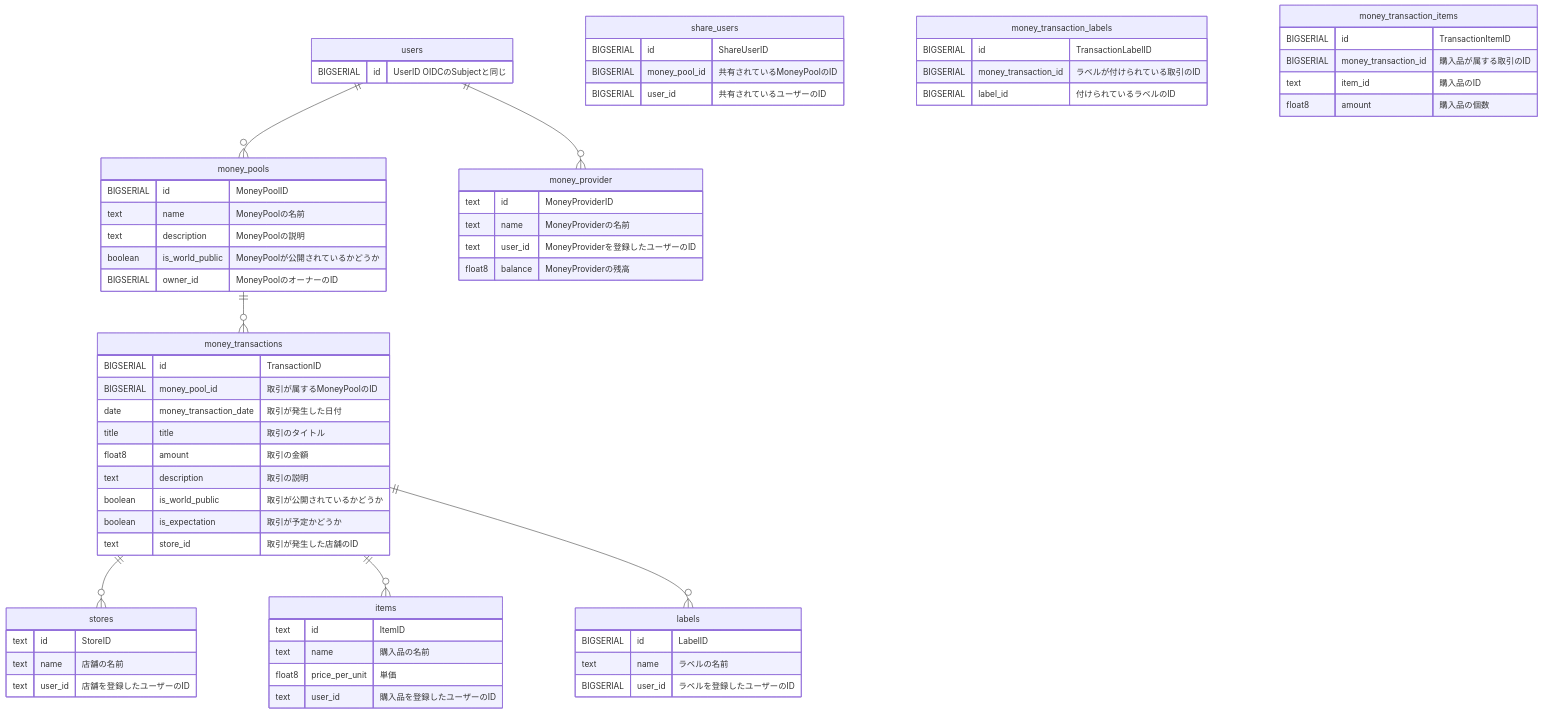
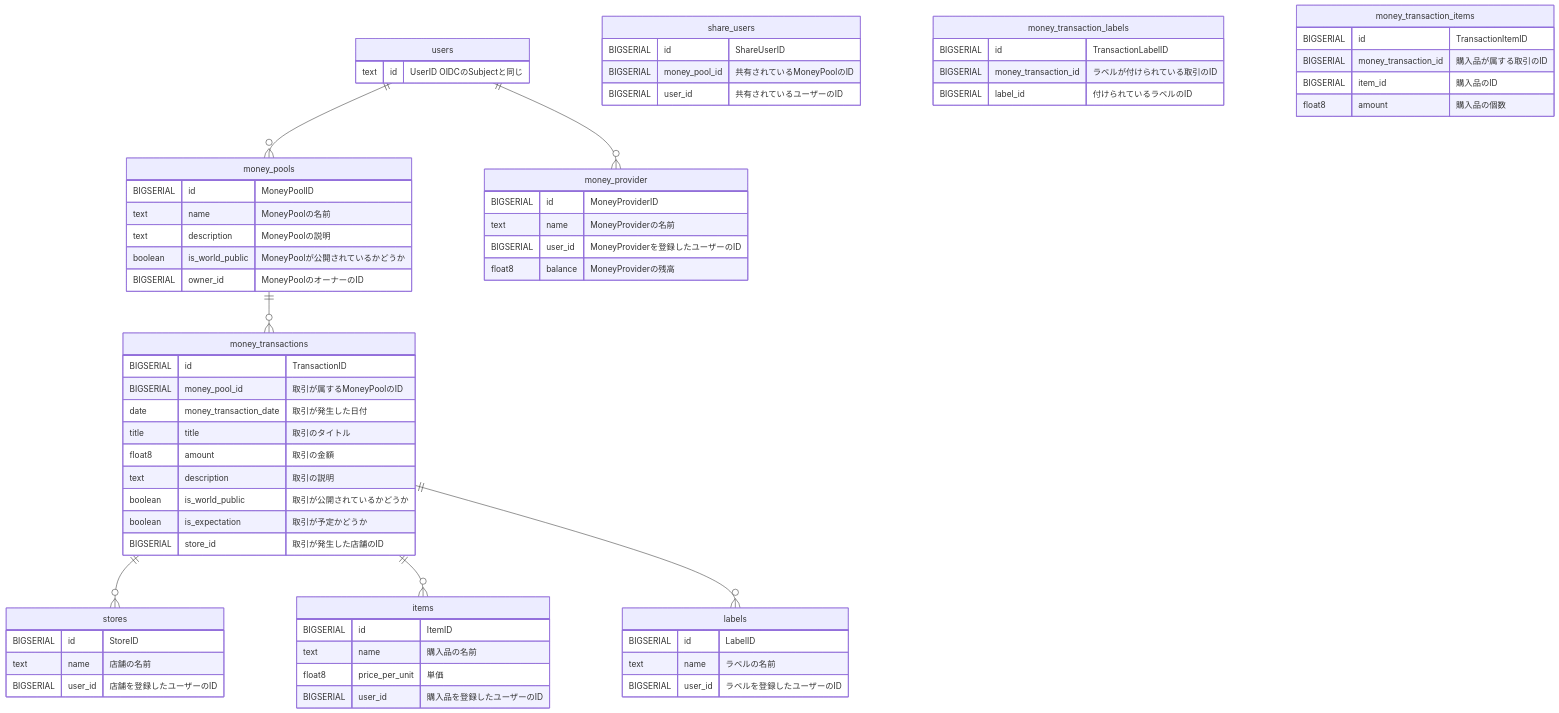
Before and after one commit to walnuts1018/OpenChokin: the diagram in back/readme.md, drawn with Mermaid. The commit also changed 2 other files, not shown here.

````diff
--- a/back/readme.md
+++ b/back/readme.md
@@ -1,78 +1,78 @@
 ```mermaid
 erDiagram
   users ||--o{ money_pools : ""
   money_pools ||--o{ money_transactions : ""
   money_transactions ||--o{ stores : ""
   money_transactions ||--o{ items : ""
   money_transactions ||--o{labels: ""
   users ||--o{ money_provider : ""
 
   users {
-    BIGSERIAL id "UserID OIDCのSubjectと同じ"
+    text id "UserID OIDCのSubjectと同じ"
   }
 
   money_pools {
     BIGSERIAL id "MoneyPoolID"
     text name "MoneyPoolの名前"
     text description "MoneyPoolの説明"
     boolean is_world_public "MoneyPoolが公開されているかどうか"
     BIGSERIAL owner_id "MoneyPoolのオーナーのID"
   }
 
   share_users {
     BIGSERIAL id "ShareUserID"
     BIGSERIAL money_pool_id "共有されているMoneyPoolのID"
     BIGSERIAL user_id "共有されているユーザーのID"
   }
 
   money_transactions {
     BIGSERIAL id "TransactionID"
     BIGSERIAL money_pool_id "取引が属するMoneyPoolのID"
     date money_transaction_date "取引が発生した日付"
     title title "取引のタイトル"
     float8 amount "取引の金額"
     text description "取引の説明"
     boolean is_world_public "取引が公開されているかどうか"
     boolean is_expectation "取引が予定かどうか"
-    text store_id "取引が発生した店舗のID"
+    BIGSERIAL store_id "取引が発生した店舗のID"
   }
 
   labels {
     BIGSERIAL id "LabelID"
     text name "ラベルの名前"
     BIGSERIAL user_id "ラベルを登録したユーザーのID"
   }
 
   money_transaction_labels {
     BIGSERIAL id "TransactionLabelID"
     BIGSERIAL money_transaction_id "ラベルが付けられている取引のID"
     BIGSERIAL label_id "付けられているラベルのID"
   }
 
   stores {
-    text id "StoreID"
+    BIGSERIAL id "StoreID"
     text name "店舗の名前"
-    text user_id "店舗を登録したユーザーのID"
+    BIGSERIAL user_id "店舗を登録したユーザーのID"
   }
 
   items {
-    text id "ItemID"
+    BIGSERIAL id "ItemID"
     text name "購入品の名前"
     float8 price_per_unit "単価"
-    text user_id "購入品を登録したユーザーのID"
+    BIGSERIAL user_id "購入品を登録したユーザーのID"
   }
 
   money_transaction_items {
     BIGSERIAL id "TransactionItemID"
     BIGSERIAL money_transaction_id "購入品が属する取引のID"
-    text item_id "購入品のID"
+    BIGSERIAL item_id "購入品のID"
     float8 amount "購入品の個数"
   }
 
   money_provider {
-    text id "MoneyProviderID"
+    BIGSERIAL id "MoneyProviderID"
     text name "MoneyProviderの名前"
-    text user_id "MoneyProviderを登録したユーザーのID"
+    BIGSERIAL user_id "MoneyProviderを登録したユーザーのID"
     float8 balance "MoneyProviderの残高"
   }
 ```
````
